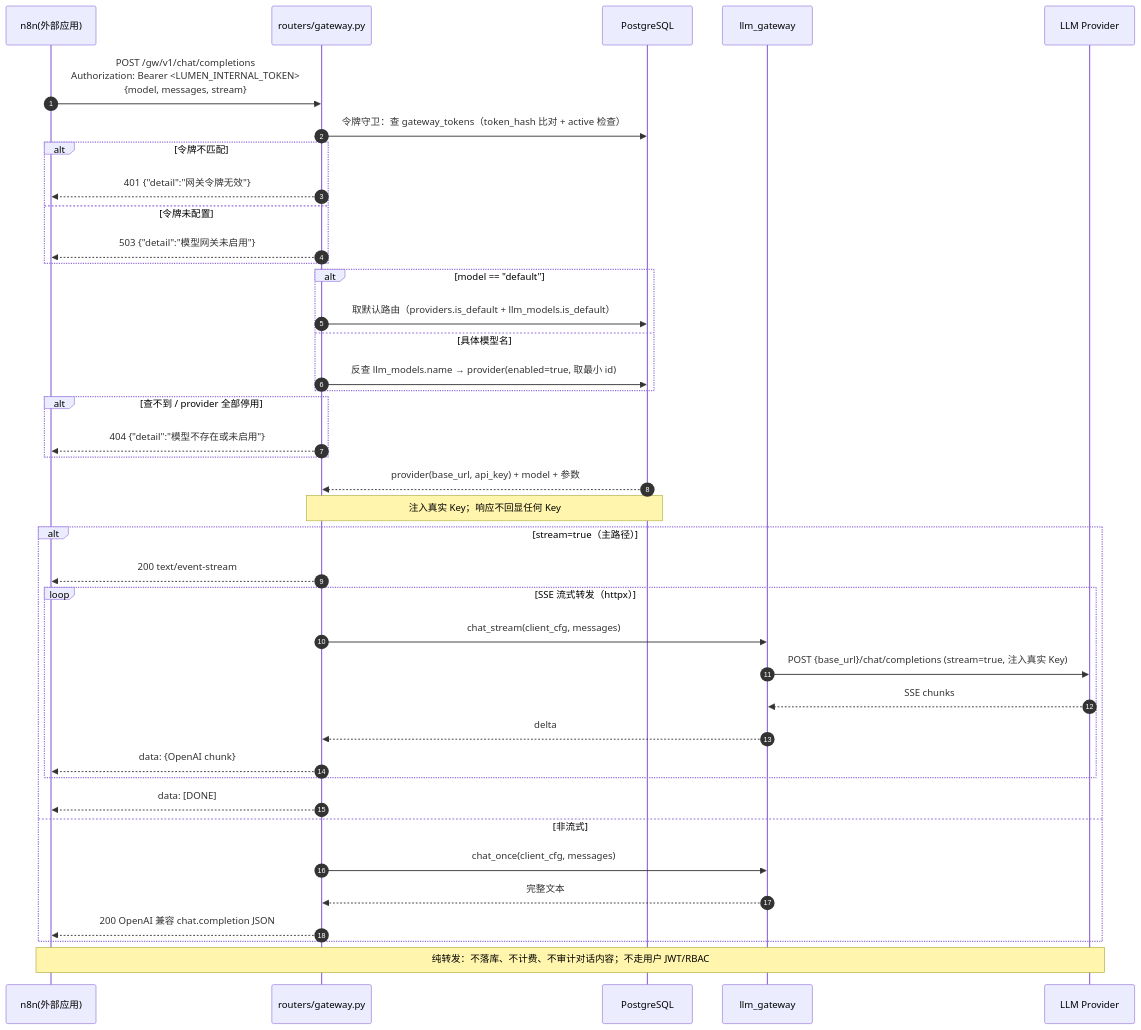
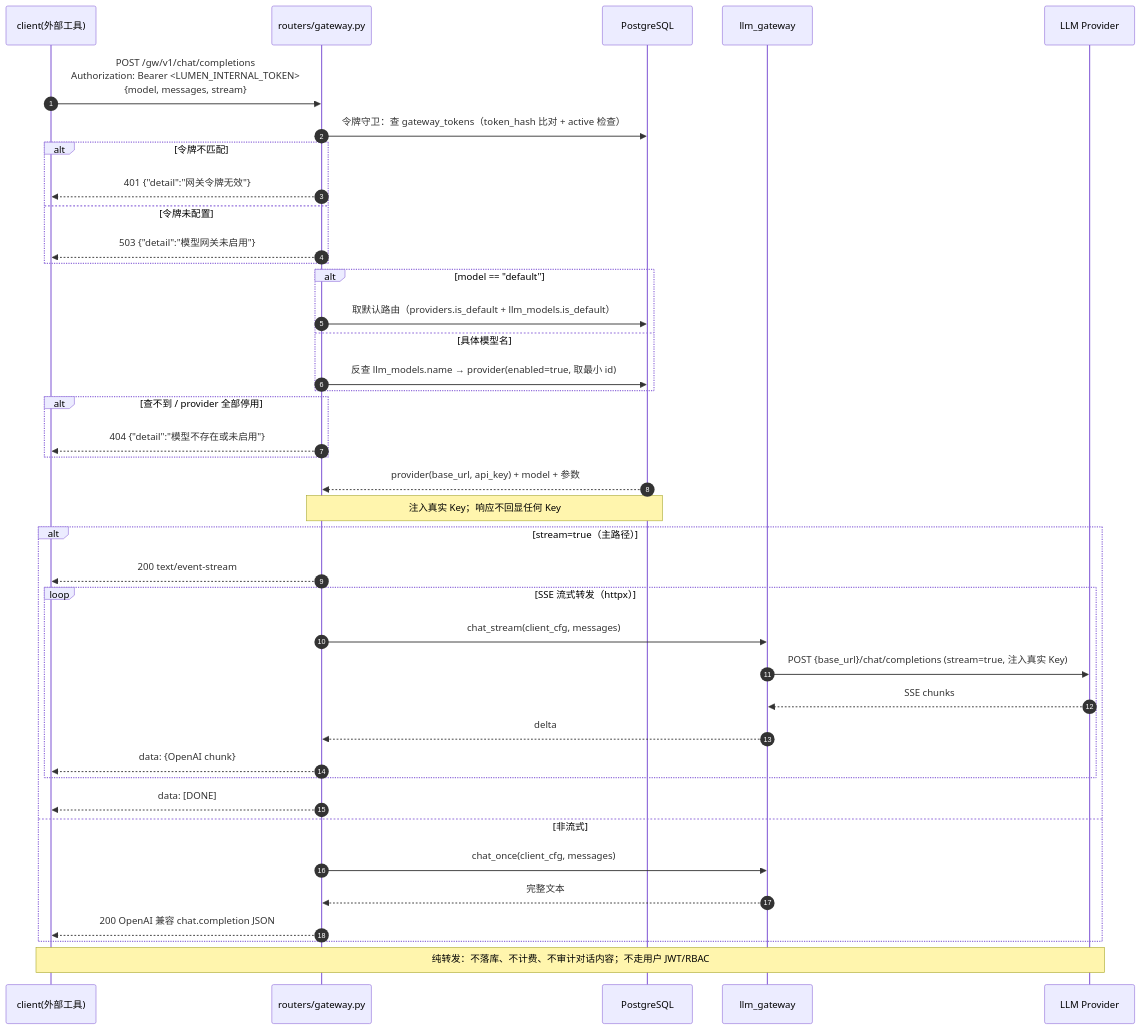
Before and after one commit to XiaoPang-Huang/lumencafe: the sixth of 7 diagrams in docs/架构设计-v1.md, drawn with Mermaid. The commit also changed other lines of this file and 133 other files, not shown here.

````diff
--- a/docs/架构设计-v1.md
+++ b/docs/架构设计-v1.md
@@ -788,43 +788,43 @@
 ```mermaid
 sequenceDiagram
     autonumber
-    participant N as n8n(外部应用)
+    participant N as client(外部工具)
     participant R as routers/gateway.py
     participant D as PostgreSQL
     participant G as llm_gateway
     participant L as LLM Provider
 
     N->>R: POST /gw/v1/chat/completions<br/>Authorization: Bearer <LUMEN_INTERNAL_TOKEN><br/>{model, messages, stream}
     R->>D: 令牌守卫：查 gateway_tokens（token_hash 比对 + active 检查）
     alt 令牌不匹配
         R-->>N: 401 {"detail":"网关令牌无效"}
     else 令牌未配置
         R-->>N: 503 {"detail":"模型网关未启用"}
     end
     alt model == "default"
         R->>D: 取默认路由（providers.is_default + llm_models.is_default）
     else 具体模型名
         R->>D: 反查 llm_models.name → provider(enabled=true, 取最小 id)
     end
     alt 查不到 / provider 全部停用
         R-->>N: 404 {"detail":"模型不存在或未启用"}
     end
     D-->>R: provider(base_url, api_key) + model + 参数
     Note over R,D: 注入真实 Key；响应不回显任何 Key
     alt stream=true（主路径）
         R-->>N: 200 text/event-stream
         loop SSE 流式转发（httpx）
             R->>G: chat_stream(client_cfg, messages)
             G->>L: POST {base_url}/chat/completions (stream=true, 注入真实 Key)
             L-->>G: SSE chunks
             G-->>R: delta
             R-->>N: data: {OpenAI chunk}
         end
         R-->>N: data: [DONE]
     else 非流式
         R->>G: chat_once(client_cfg, messages)
         G-->>R: 完整文本
         R-->>N: 200 OpenAI 兼容 chat.completion JSON
     end
     Note over N,L: 纯转发：不落库、不计费、不审计对话内容；不走用户 JWT/RBAC
 ```
````
